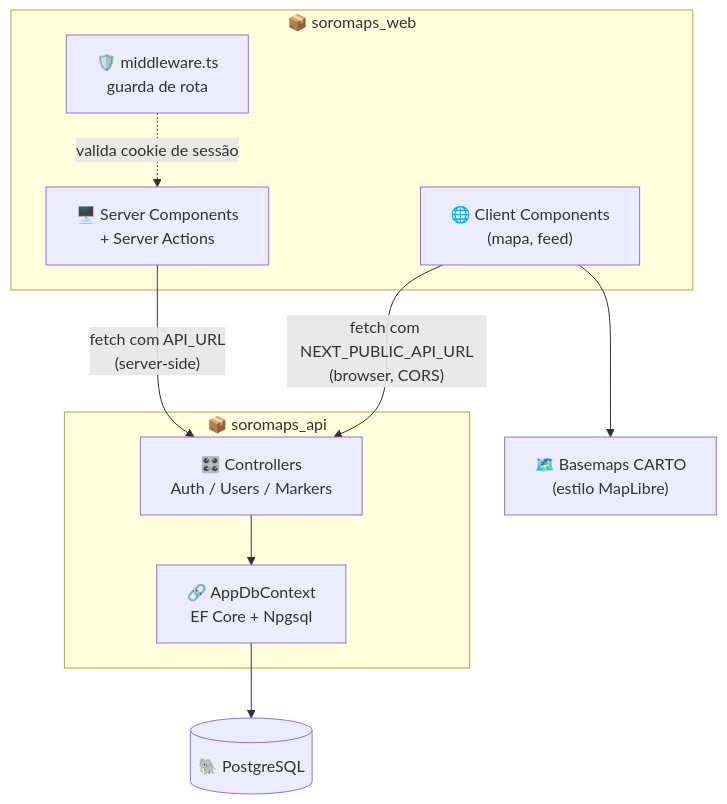
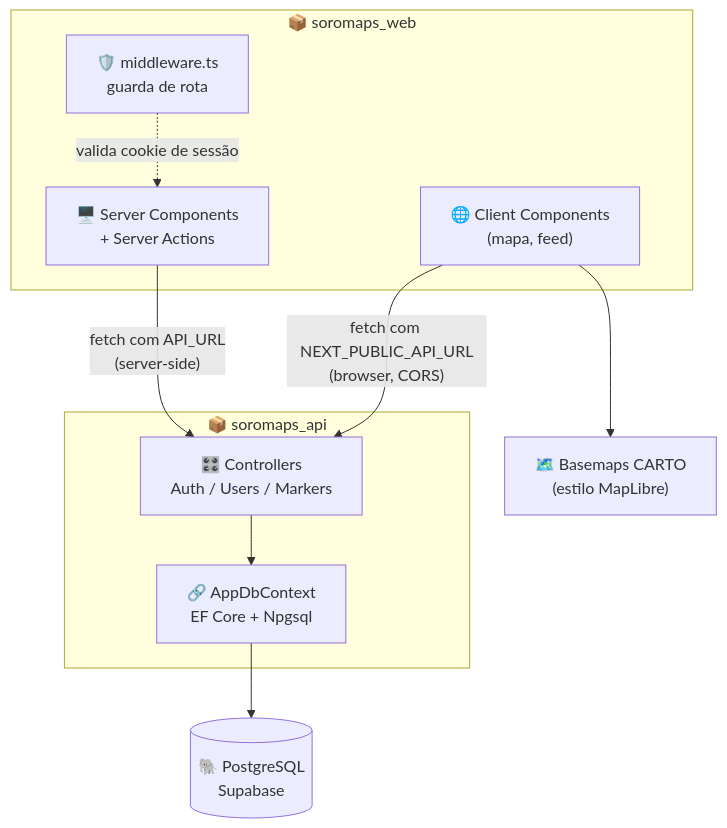
Before and after one commit to stxrdust999/soromaps: the first of 3 diagrams in docs/03-arquitetura.md, drawn with Mermaid. The commit also changed other lines of this file and 9 other files, not shown here.

````diff
--- a/docs/03-arquitetura.md
+++ b/docs/03-arquitetura.md
@@ -18,23 +21,23 @@
 ```mermaid
 flowchart TB
     subgraph WEB["📦 soromaps_web"]
         RSC["🖥️ Server Components<br/>+ Server Actions"]
         CC["🌐 Client Components<br/>(mapa, feed)"]
         MW["🛡️ middleware.ts<br/>guarda de rota"]
     end
 
     subgraph API["📦 soromaps_api"]
         CTRL["🎛️ Controllers<br/>Auth / Users / Markers"]
         EF["🔗 AppDbContext<br/>EF Core + Npgsql"]
     end
 
-    PG[("🐘 PostgreSQL")]
+    PG[("🐘 PostgreSQL<br/>Supabase")]
     CARTO["🗺️ Basemaps CARTO<br/>(estilo MapLibre)"]
 
     RSC -->|"fetch com API_URL<br/>(server-side)"| CTRL
     CC -->|"fetch com NEXT_PUBLIC_API_URL<br/>(browser, CORS)"| CTRL
     MW -.->|"valida cookie de sessão"| RSC
     CC --> CARTO
     CTRL --> EF
     EF --> PG
 ```
````
